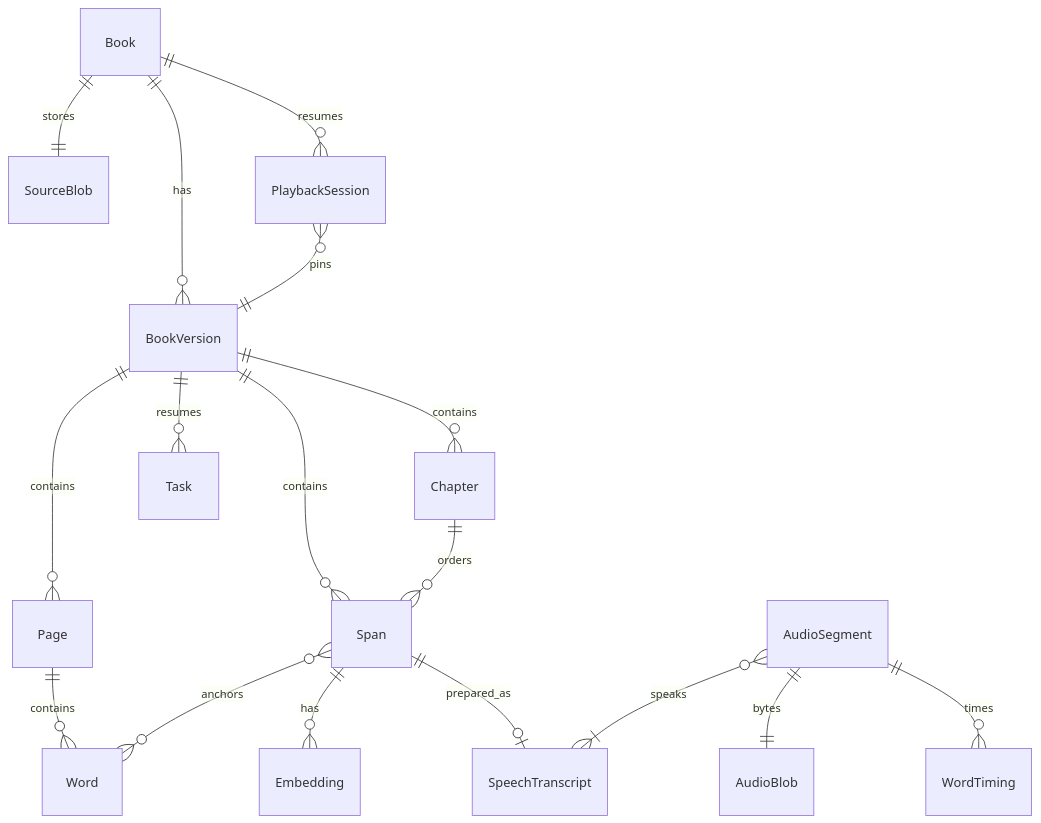
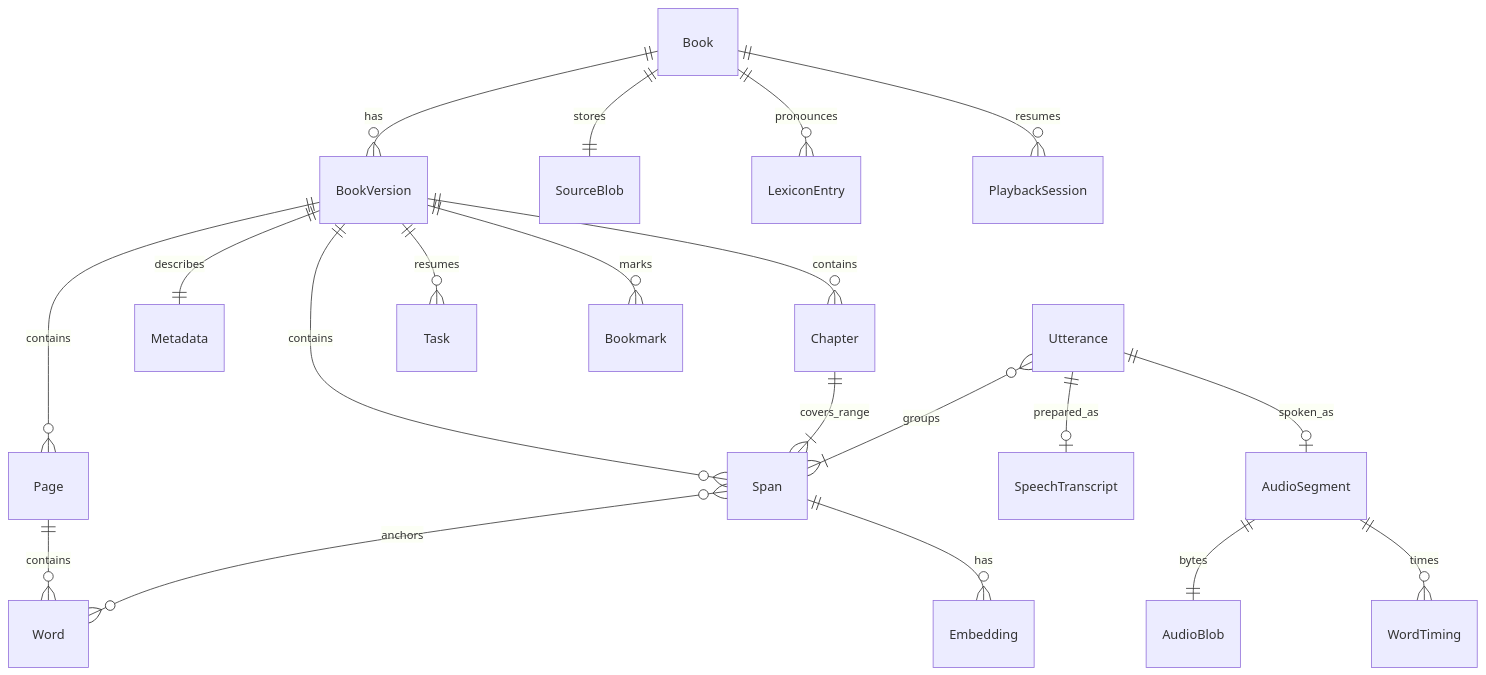
One commit to manishsharma004/open-book-reader changed the sixth of 6 diagrams in specs/discussion/DESIGN.md. Above: the diagram before and after it, drawn with Mermaid. The commit also changed other lines of this file and 6 other files, not shown here.

````diff
--- a/specs/discussion/DESIGN.md
+++ b/specs/discussion/DESIGN.md
@@ -690,19 +497,22 @@
 ```mermaid
 erDiagram
   Book ||--o{ BookVersion : has
   Book ||--|| SourceBlob : stores
+  Book ||--o{ LexiconEntry : pronounces
   BookVersion ||--o{ Page : contains
   Page ||--o{ Word : contains
+  BookVersion ||--o{ Span : contains
+  Span }o--o{ Word : anchors
   BookVersion ||--o{ Chapter : contains
-  BookVersion ||--o{ Span : contains
-  Chapter ||--o{ Span : orders
-  Span }o--o{ Word : anchors
+  Chapter ||--|{ Span : covers_range
   Span ||--o{ Embedding : has
-  Span ||--o| SpeechTranscript : prepared_as
-  AudioSegment }o--|{ SpeechTranscript : speaks
+  BookVersion ||--|| Metadata : describes
+  Utterance }o--|{ Span : groups
+  Utterance ||--o| SpeechTranscript : prepared_as
+  Utterance ||--o| AudioSegment : spoken_as
   AudioSegment ||--|| AudioBlob : bytes
   AudioSegment ||--o{ WordTiming : times
   BookVersion ||--o{ Task : resumes
+  BookVersion ||--o{ Bookmark : marks
   Book ||--o{ PlaybackSession : resumes
-  PlaybackSession }o--|| BookVersion : pins
 ```
````
